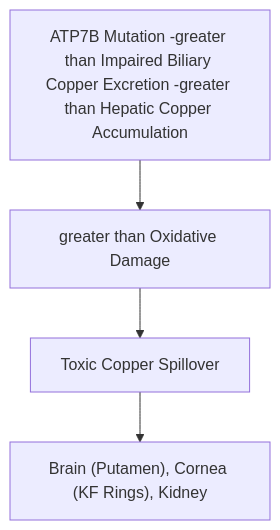
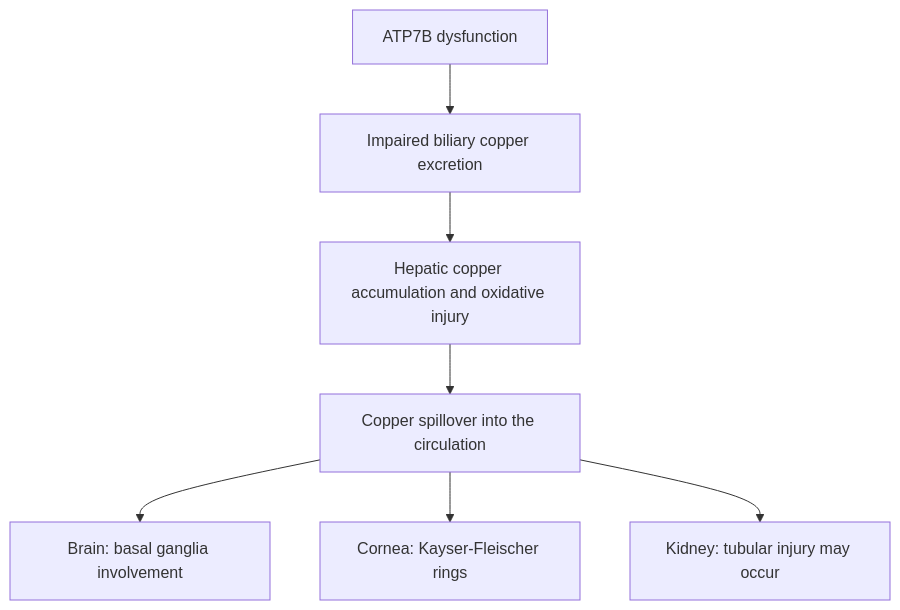
One commit to kartikswami768/neet-pg changed the second of 3 diagrams in Canonical notes/GIT/GIT_Chapter_12A_Hepatic_Injury_Cirrhosis_Metabolic_Diseases.md. Above: the diagram before and after it, drawn with Mermaid. The commit also changed other lines of this file and 27 other files, not shown here.

````diff
--- a/Canonical notes/GIT/GIT_Chapter_12A_Hepatic_Injury_Cirrhosis_Metabolic_Diseases.md
+++ b/Canonical notes/GIT/GIT_Chapter_12A_Hepatic_Injury_Cirrhosis_Metabolic_Diseases.md
@@ -79,7 +80,9 @@
 ```mermaid
 flowchart TD
-  A["ATP7B Mutation -greater than Impaired Biliary Copper Excretion -greater than Hepatic Copper Accumulation"]
-  A --> N1["greater than Oxidative Damage"]
-  N1 --> N2["Toxic Copper Spillover"]
-  N2 --> N3["Brain (Putamen), Cornea (KF Rings), Kidney"]
+    A["ATP7B dysfunction"] --> B["Impaired biliary copper excretion"]
+    B --> C["Hepatic copper accumulation and oxidative injury"]
+    C --> D["Copper spillover into the circulation"]
+    D --> E["Brain: basal ganglia involvement"]
+    D --> F["Cornea: Kayser-Fleischer rings"]
+    D --> G["Kidney: tubular injury may occur"]
 ```
````
